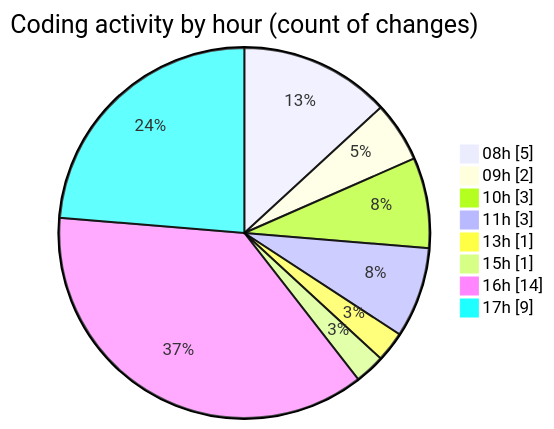
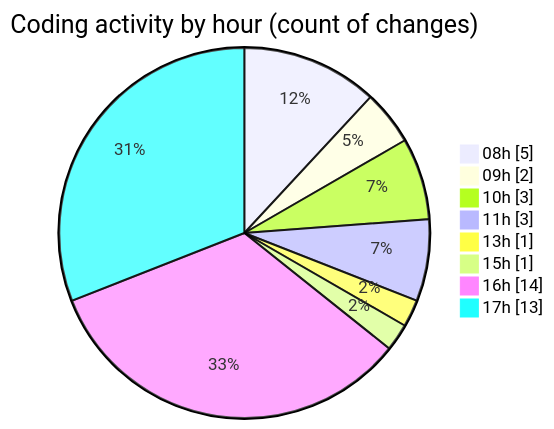
One commit to julien-gomy/code-tracking changed the second of 2 diagrams in 2025-10-27/eventscop-frontend-guide__workspace_/README.md. Above: the diagram before and after it, drawn with Mermaid. The commit also changed other lines of this file and 1 other file, not shown here.

````diff
--- a/2025-10-27/eventscop-frontend-guide__workspace_/README.md
+++ b/2025-10-27/eventscop-frontend-guide__workspace_/README.md
@@ -40,12 +41,12 @@
 ```mermaid
 pie showData
 title Coding activity by hour (count of changes)
 "08h" : 5
 "09h" : 2
 "10h" : 3
 "11h" : 3
 "13h" : 1
 "15h" : 1
 "16h" : 14
-"17h" : 9
+"17h" : 13
 ```
````
